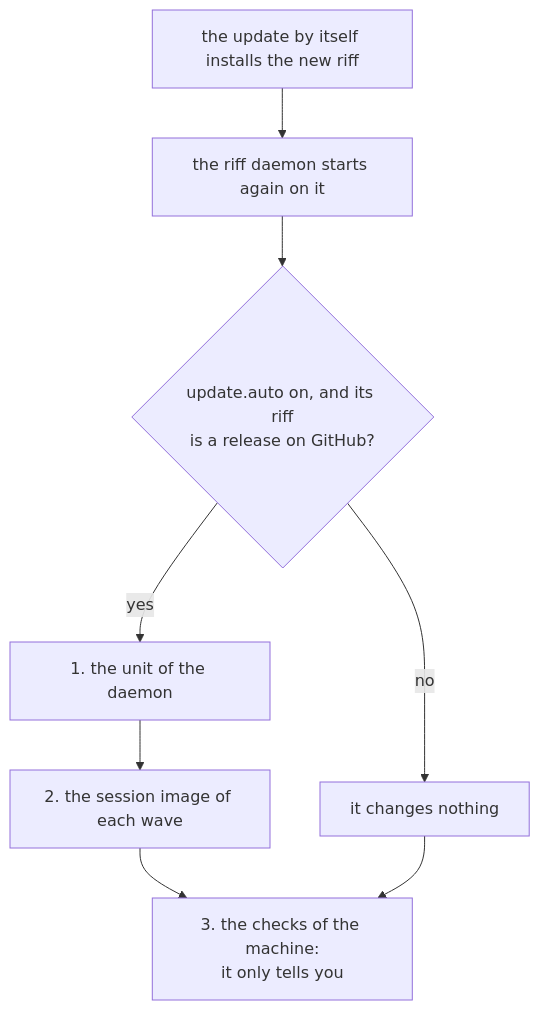
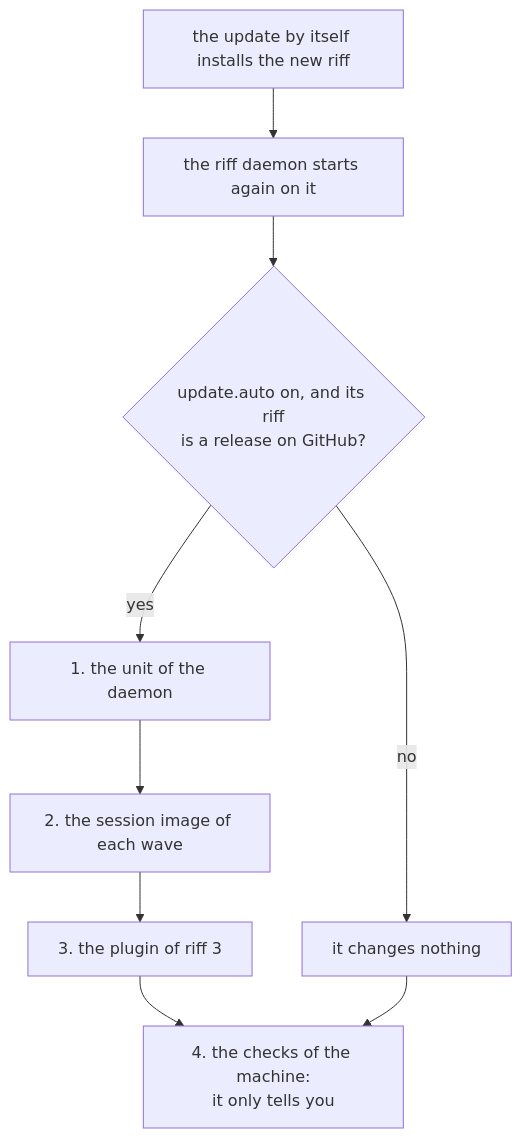
One commit to como-technologies/riff changed the sixth of 57 diagrams in docs/src/how-it-works.md. Above: the diagram before and after it, drawn with Mermaid. The commit also changed other lines of this file and 10 other files, not shown here.

First line of the commit message:
riff init removes the plugin of riff 3 that the update to riff 4 left (#1258)

````diff
--- a/docs/src/how-it-works.md
+++ b/docs/src/how-it-works.md
@@ -495,10 +495,11 @@
 ```mermaid
 flowchart TD
     B["the update by itself installs the new riff"] --> D["the riff daemon starts again on it"]
     D --> G{"update.auto on, and its riff<br/>is a release on GitHub?"}
     G -- "no" --> N["it changes nothing"]
     G -- "yes" --> U["1. the unit of the daemon"]
     U --> I["2. the session image of each wave"]
-    I --> P["3. the checks of the machine:<br/>it only tells you"]
+    I --> O["3. the plugin of riff 3"]
+    O --> P["4. the checks of the machine:<br/>it only tells you"]
     N --> P
 ```
````
